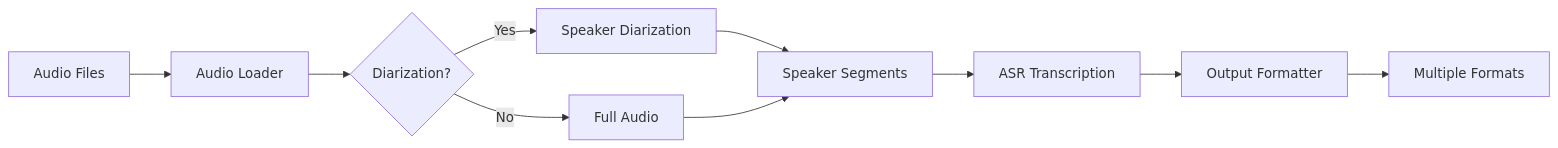
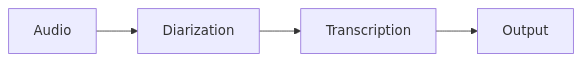
One commit to alanderex/audio_aigented changed the diagram in docs/index.md. Above: the diagram before and after it, drawn with Mermaid. The commit also changed other lines of this file and 8 other files, not shown here.

````diff
--- a/docs/index.md
+++ b/docs/index.md
@@ -56,12 +71,6 @@
 ```mermaid
 graph LR
-    A[Audio Files] --> B[Audio Loader]
-    B --> C{Diarization?}
-    C -->|Yes| D[Speaker Diarization]
-    C -->|No| E[Full Audio]
-    D --> F[Speaker Segments]
-    E --> F
-    F --> G[ASR Transcription]
-    G --> H[Output Formatter]
-    H --> I[Multiple Formats]
+    A[Audio] --> B[Diarization]
+    B --> C[Transcription]
+    C --> D[Output]
 ```
````
